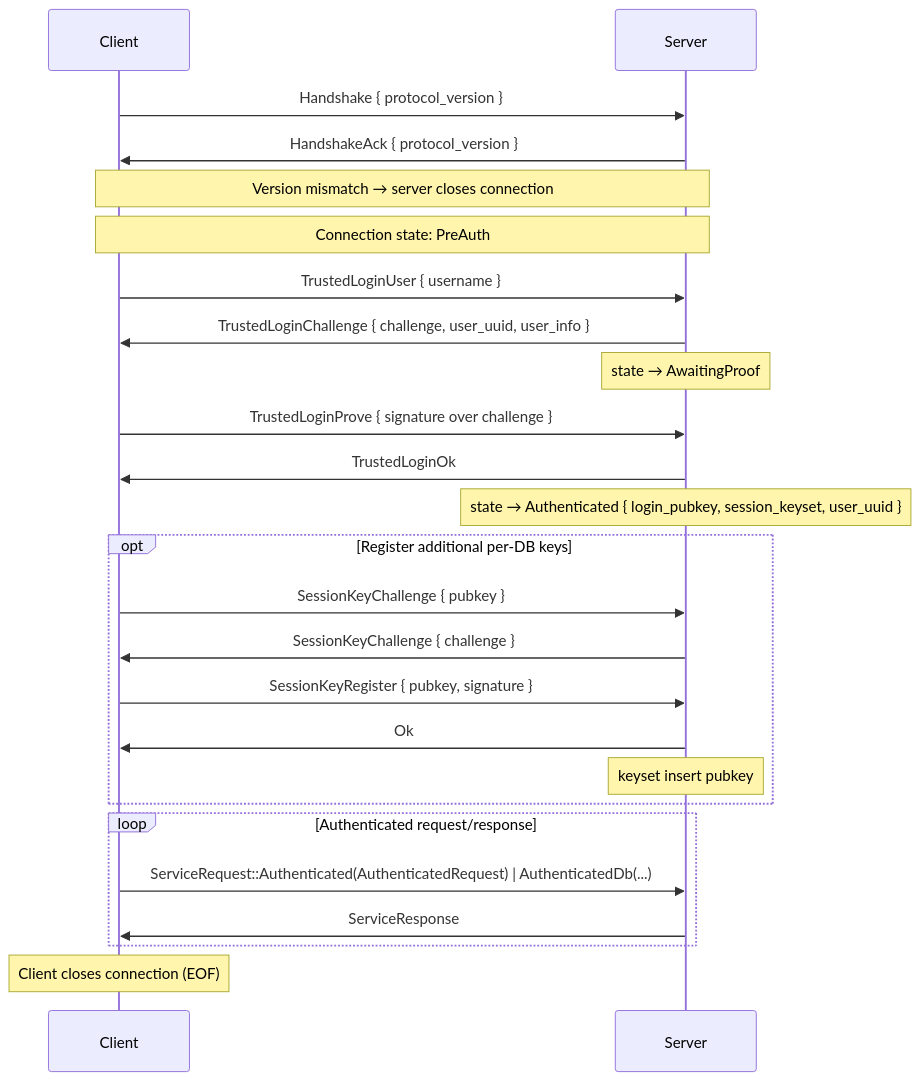
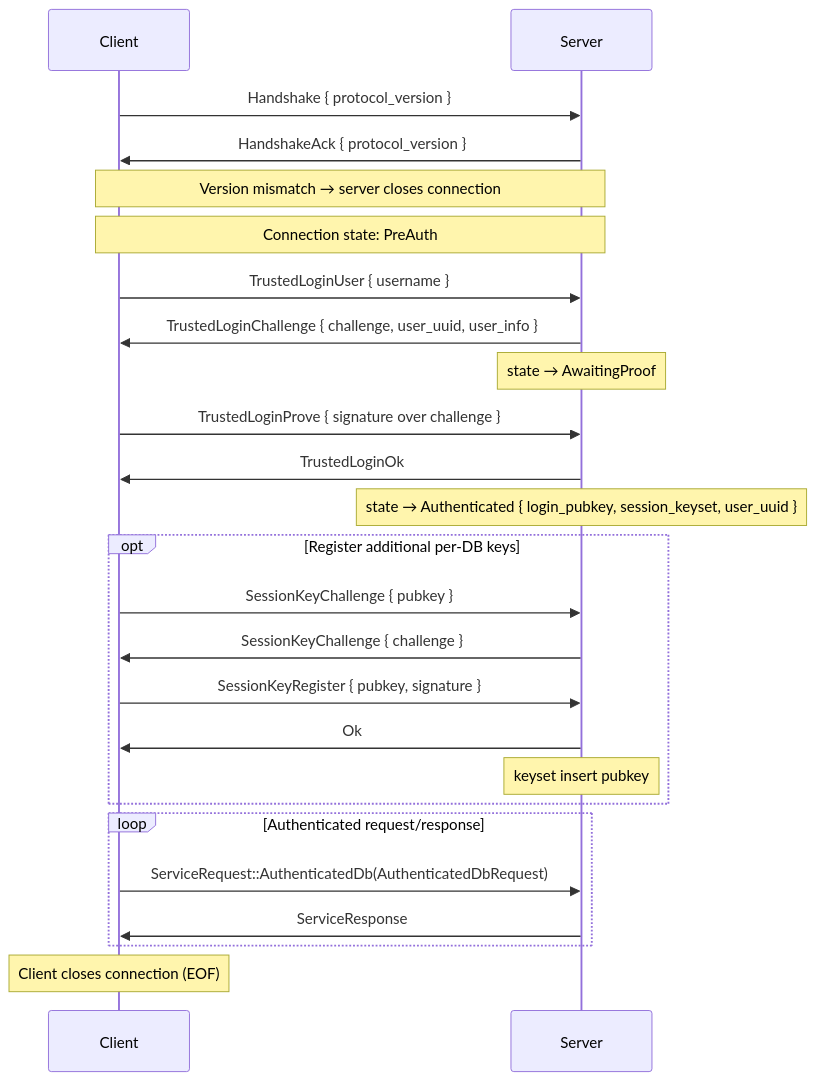
Before and after one commit to arcuru/eidetica: the second of 2 diagrams in docs/src/internal/service.md, drawn with Mermaid. The commit also changed other lines of this file and 4 other files, not shown here.

````diff
--- a/docs/src/internal/service.md
+++ b/docs/src/internal/service.md
@@ -46,33 +47,33 @@
 ```mermaid
 sequenceDiagram
     participant C as Client
     participant S as Server
 
     C->>S: Handshake { protocol_version }
     S->>C: HandshakeAck { protocol_version }
     Note over C,S: Version mismatch → server closes connection
 
     Note over C,S: Connection state: PreAuth
 
     C->>S: TrustedLoginUser { username }
     S->>C: TrustedLoginChallenge { challenge, user_uuid, user_info }
     Note over S: state → AwaitingProof
     C->>S: TrustedLoginProve { signature over challenge }
     S->>C: TrustedLoginOk
     Note over S: state → Authenticated { login_pubkey, session_keyset, user_uuid }
 
     opt Register additional per-DB keys
         C->>S: SessionKeyChallenge { pubkey }
         S->>C: SessionKeyChallenge { challenge }
         C->>S: SessionKeyRegister { pubkey, signature }
         S->>C: Ok
         Note over S: keyset insert pubkey
     end
 
     loop Authenticated request/response
-        C->>S: ServiceRequest::Authenticated(AuthenticatedRequest) | AuthenticatedDb(...)
+        C->>S: ServiceRequest::AuthenticatedDb(AuthenticatedDbRequest)
         S->>C: ServiceResponse
     end
 
     Note over C: Client closes connection (EOF)
 ```
````
